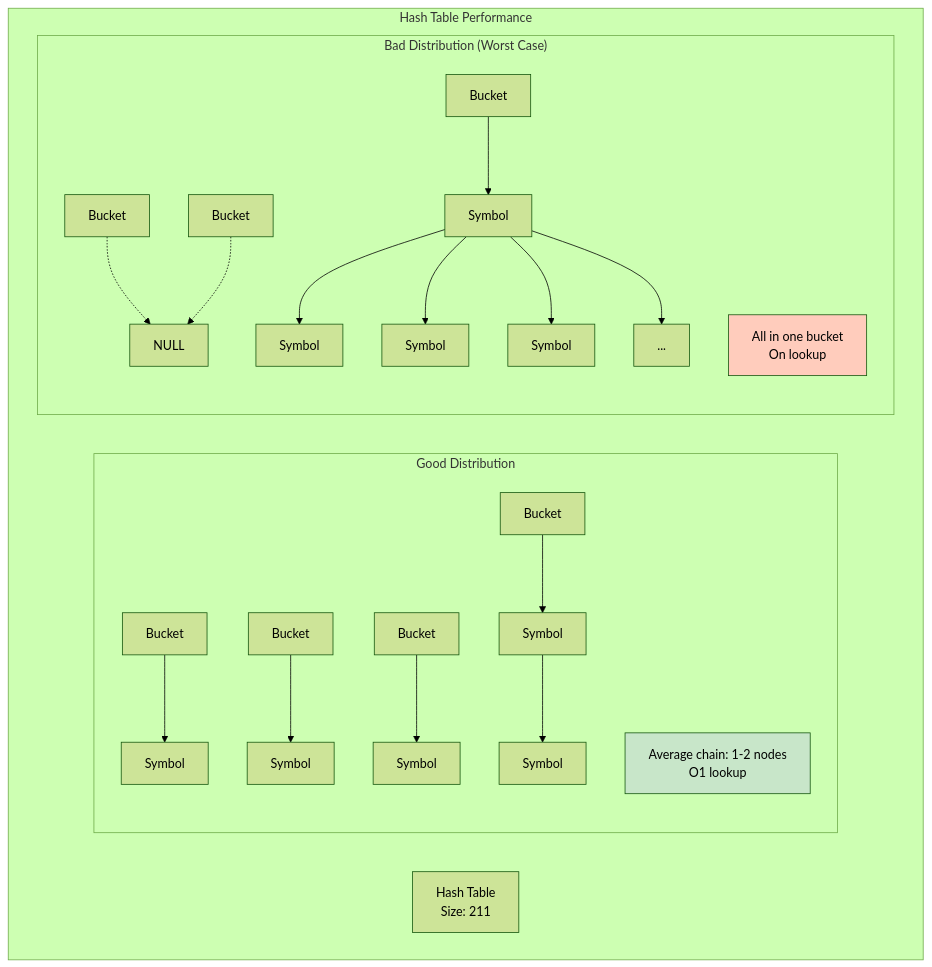
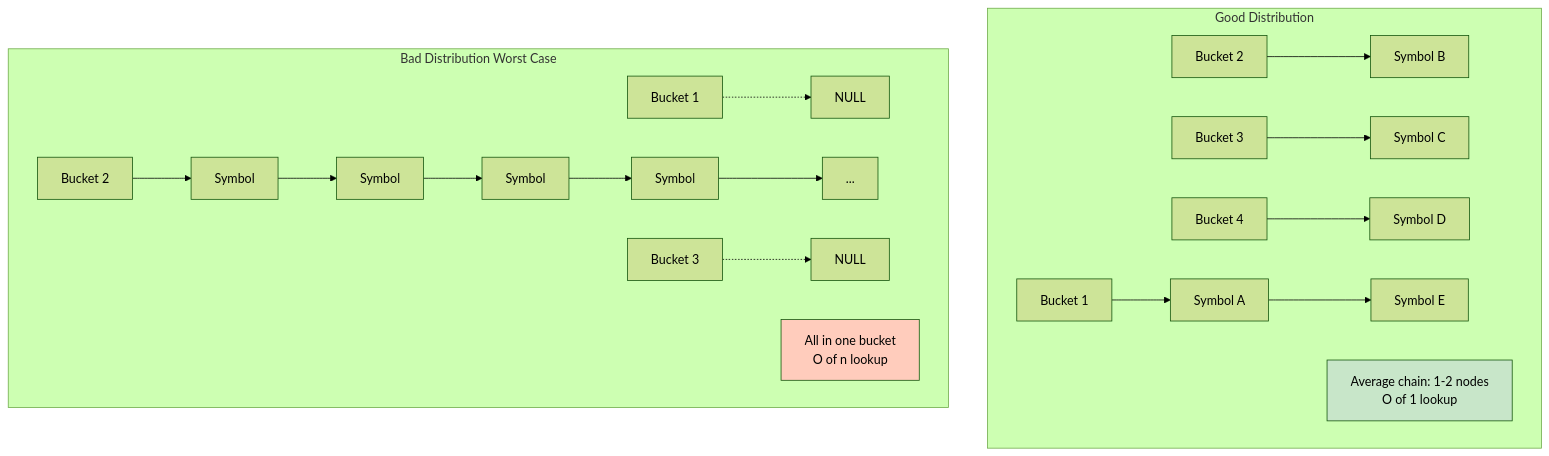
Before and after one commit to Uttam-Mahata/Compiler-Design-LAB: diagram 16 of 22 in Assignment-04-TC/SYMBOL_TABLE_IMPLEMENTATION_EXPLAINED.md, drawn with Mermaid (forest theme). The commit also changed other lines of this file, not shown here.

Commit message:
Update symbol table documentation: enhance clarity in diagrams and improve terminology consistency

````diff
--- a/Assignment-04-TC/SYMBOL_TABLE_IMPLEMENTATION_EXPLAINED.md
+++ b/Assignment-04-TC/SYMBOL_TABLE_IMPLEMENTATION_EXPLAINED.md
@@ -1276,31 +1276,27 @@
 ```mermaid
 graph TB
-    subgraph "Hash Table Performance"
-        HT[Hash Table<br/>Size: 211]
+    subgraph "Good Distribution"
+        B1[Bucket 1] --> S1[Symbol A]
+        B2[Bucket 2] --> S2[Symbol B]
+        B3[Bucket 3] --> S3[Symbol C]
+        B4[Bucket 4] --> S4[Symbol D]
+        S1 --> S1N[Symbol E]
         
-        subgraph "Good Distribution"
-            B1[Bucket] --> S1[Symbol]
-            B2[Bucket] --> S2[Symbol]
-            B3[Bucket] --> S3[Symbol]
-            B4[Bucket] --> S4[Symbol]
-            S1 --> S1N[Symbol]
-            
-            note1[Average chain: 1-2 nodes<br/>O1 lookup]
-        end
-        
-        subgraph "Bad Distribution (Worst Case)"
-            BB1[Bucket] -.-> NULL
-            BB2[Bucket] --> SS1[Symbol]
-            SS1 --> SS2[Symbol]
-            SS1 --> SS3[Symbol]
-            SS1 --> SS4[Symbol]
-            SS1 --> SS5[...]
-            BB3[Bucket] -.-> NULL
-            
-            note2[All in one bucket<br/>On lookup]
-        end
+        GD[Average chain: 1-2 nodes<br/>O of 1 lookup]
     end
     
-    style note1 fill:#c8e6c9
-    style note2 fill:#ffccbc
+    subgraph "Bad Distribution Worst Case"
+        BB1[Bucket 1] -.-> NULL1[NULL]
+        BB2[Bucket 2] --> SS1[Symbol]
+        SS1 --> SS2[Symbol]
+        SS2 --> SS3[Symbol]
+        SS3 --> SS4[Symbol]
+        SS4 --> SS5[...]
+        BB3[Bucket 3] -.-> NULL2[NULL]
+        
+        BD[All in one bucket<br/>O of n lookup]
+    end
+    
+    style GD fill:#c8e6c9
+    style BD fill:#ffccbc
 ```
````
